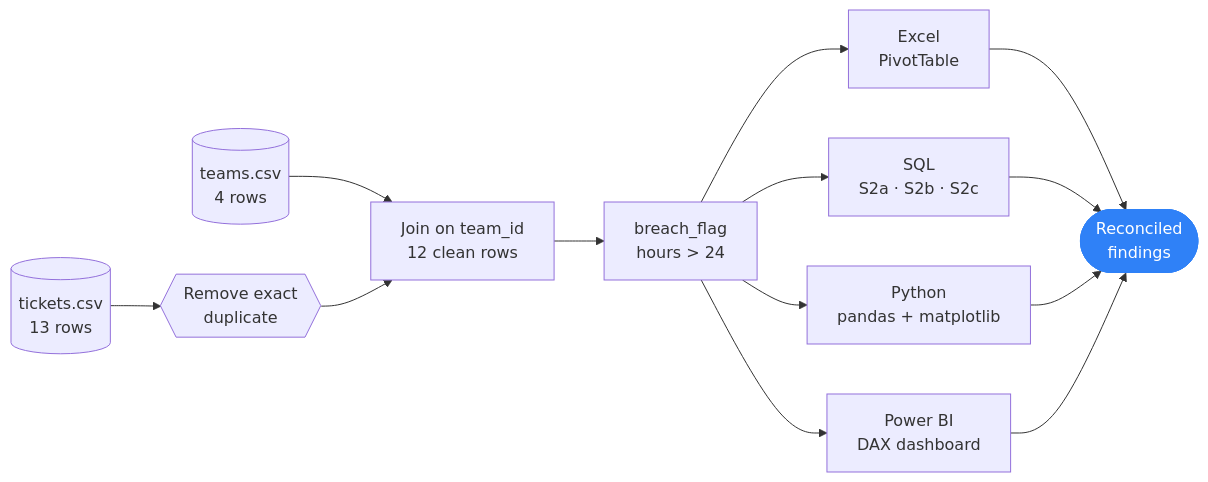
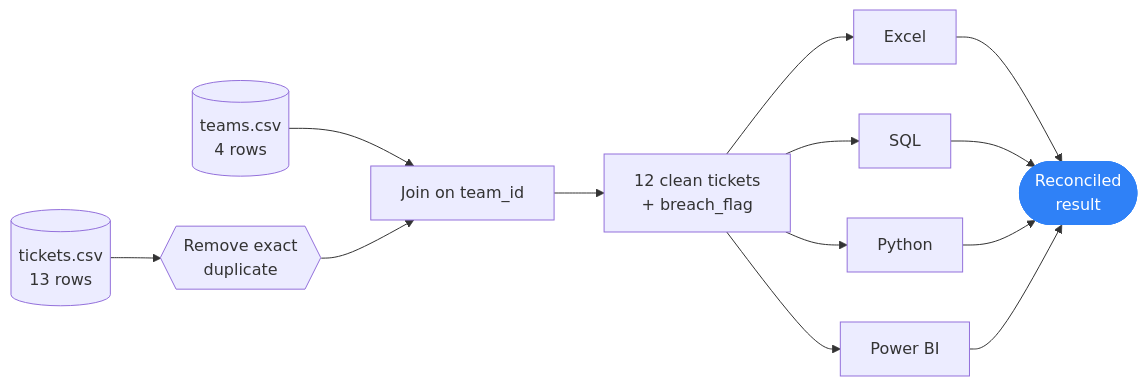
One commit to Roshanmarathe/data-analysis-set-a-Customer--10258- changed the first of 4 diagrams in README.md. Above: the diagram before and after it, drawn with Mermaid. The commit also changed other lines of this file, not shown here.

````diff
--- a/README.md
+++ b/README.md
@@ -39,16 +44,16 @@
 ```mermaid
 flowchart LR
-    A[("tickets.csv<br/>13 rows")] --> C{{"Remove exact<br/>duplicate"}}
-    B[("teams.csv<br/>4 rows")] --> D
-    C --> D["Join on team_id<br/>12 clean rows"]
-    D --> E["breach_flag<br/>hours > 24"]
-    E --> F["Excel<br/>PivotTable"]
-    E --> G["SQL<br/>S2a · S2b · S2c"]
-    E --> H["Python<br/>pandas + matplotlib"]
-    E --> I["Power BI<br/>DAX dashboard"]
-    F --> J(["Reconciled<br/>findings"])
-    G --> J
-    H --> J
-    I --> J
-    style J fill:#2F81F7,color:#fff,stroke:#2F81F7
+    A[("tickets.csv<br/>13 rows")] --> B{{"Remove exact<br/>duplicate"}}
+    T[("teams.csv<br/>4 rows")] --> C["Join on team_id"]
+    B --> C
+    C --> D["12 clean tickets<br/>+ breach_flag"]
+    D --> E[Excel]
+    D --> F[SQL]
+    D --> G[Python]
+    D --> H[Power BI]
+    E --> I(["Reconciled<br/>result"])
+    F --> I
+    G --> I
+    H --> I
+    style I fill:#2F81F7,color:#fff,stroke:#2F81F7
 ```
````
